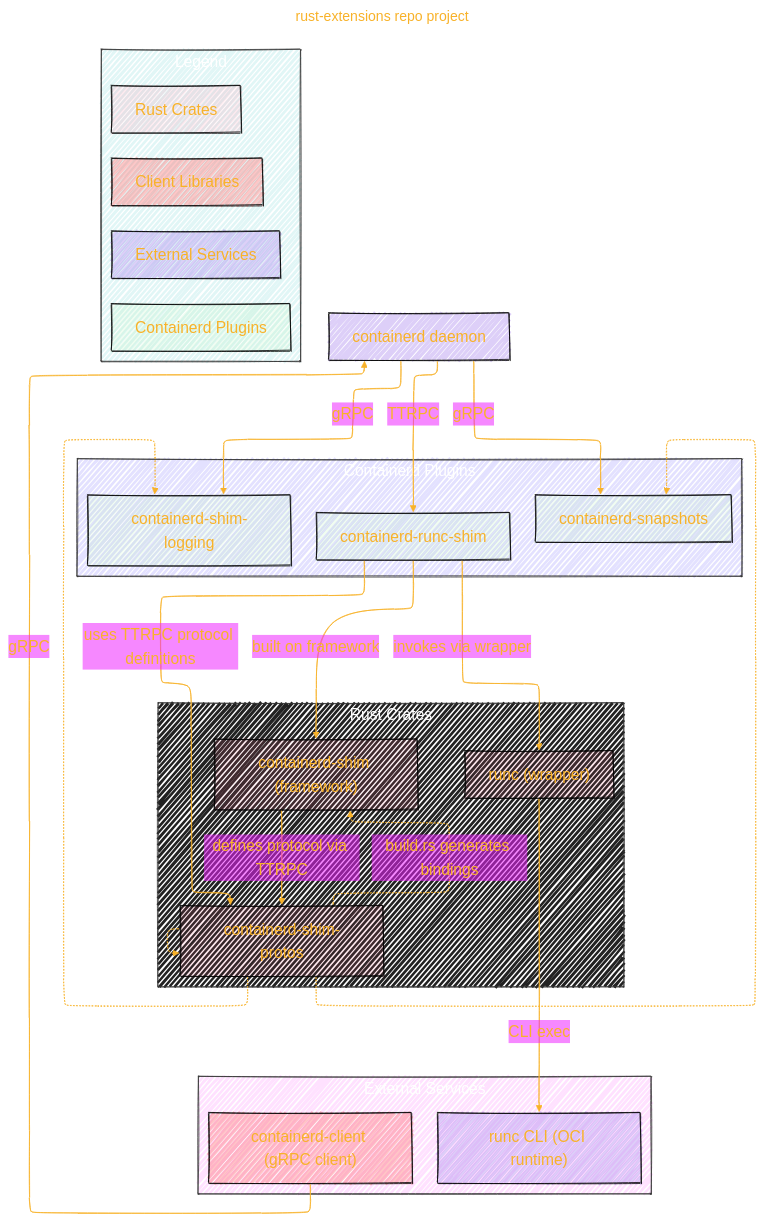
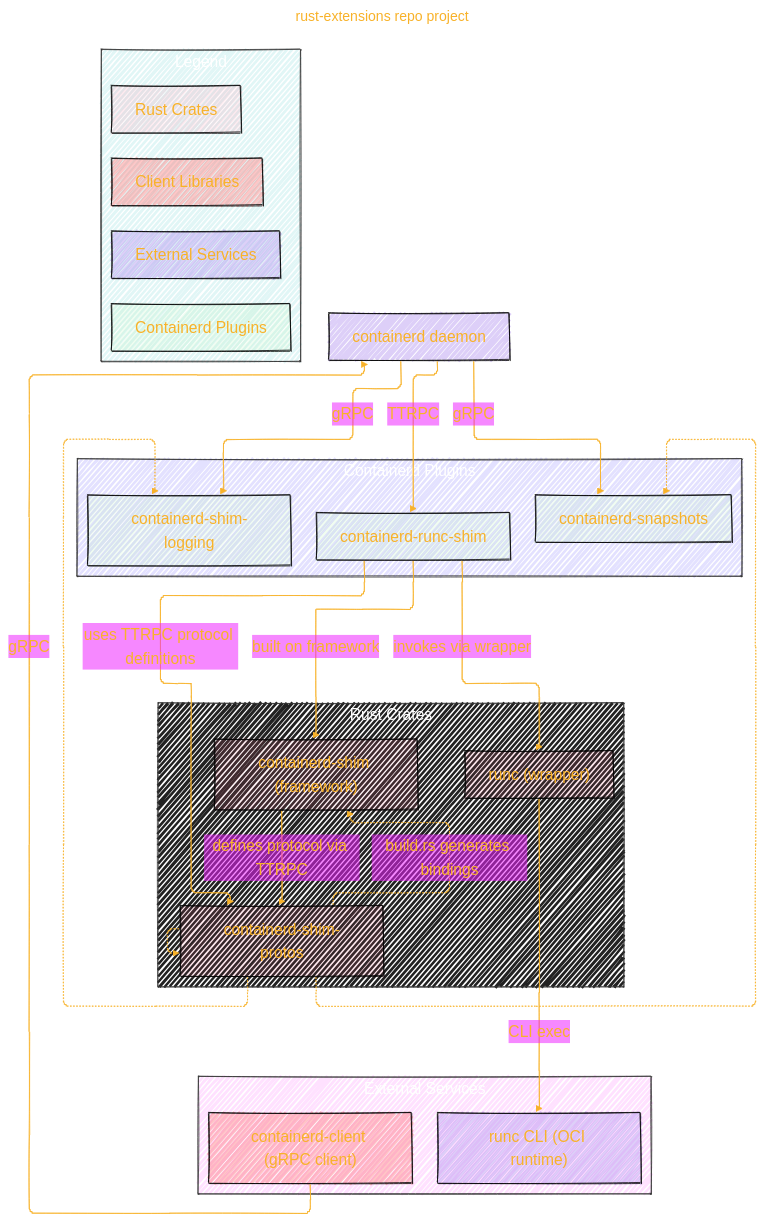
One commit to CongLeSolutionX/ArchExplorer changed the first of 2 diagrams in APPLE/containerd_project/rust-extensions.md. Above: the diagram before and after it, drawn with Mermaid.

```diff
--- a/APPLE/containerd_project/rust-extensions.md
+++ b/APPLE/containerd_project/rust-extensions.md
@@ -57,7 +57,7 @@
 %% basis, bumpX, bumpY, cardinal, catmullRom, linear, monotoneX, monotoneY, natural, step, stepAfter, stepBefore.
 %%{
   init: {
-    'flowchart': { 'htmlLabels': true, 'curve': 'basis' },
+    'flowchart': { 'htmlLabels': true, 'curve': 'step' },
     'fontFamily': 'American Typewriter, monospace',
     'logLevel': 'fatal',
     'themeVariables': {
```
